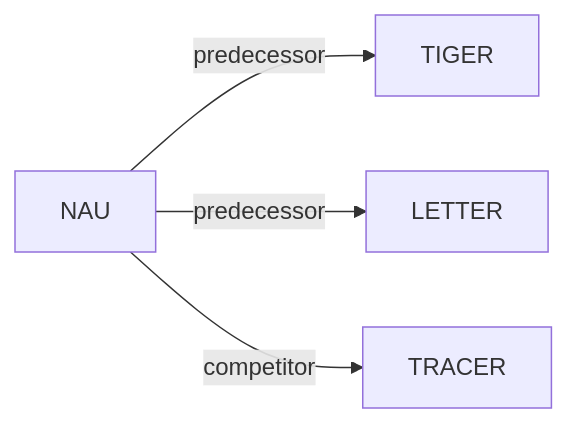
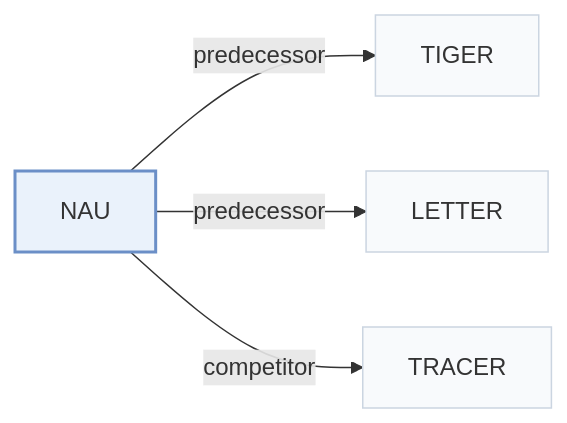
Before and after one commit to Galaxy-ghost/Awesome-SID-Generative-Rec: the second of 2 diagrams in pages/papers/nau.md, drawn with Mermaid. The commit also changed other lines of this file and 649 other files, not shown here.

Commit message:
writer-05: also tags and modality index (schema, check, build, visuals); summary field removed; calibration data for 12 papers

````diff
--- a/pages/papers/nau.md
+++ b/pages/papers/nau.md
@@ -68,7 +72,11 @@
 ```mermaid
 flowchart LR
     P["NAU"]
-    P -->|predecessor| A["TIGER"]
-    P -->|predecessor| B["LETTER"]
-    P -->|competitor| C["TRACER"]
+    P -->|"predecessor"| A["TIGER"]
+    P -->|"predecessor"| B["LETTER"]
+    P -->|"competitor"| C["TRACER"]
+    classDef main fill:#eaf2fb,stroke:#6b8fc7,stroke-width:2px
+    classDef peer fill:#f8fafc,stroke:#cbd5e1
+    class P main
+    class A,B,C peer
 ```
````
